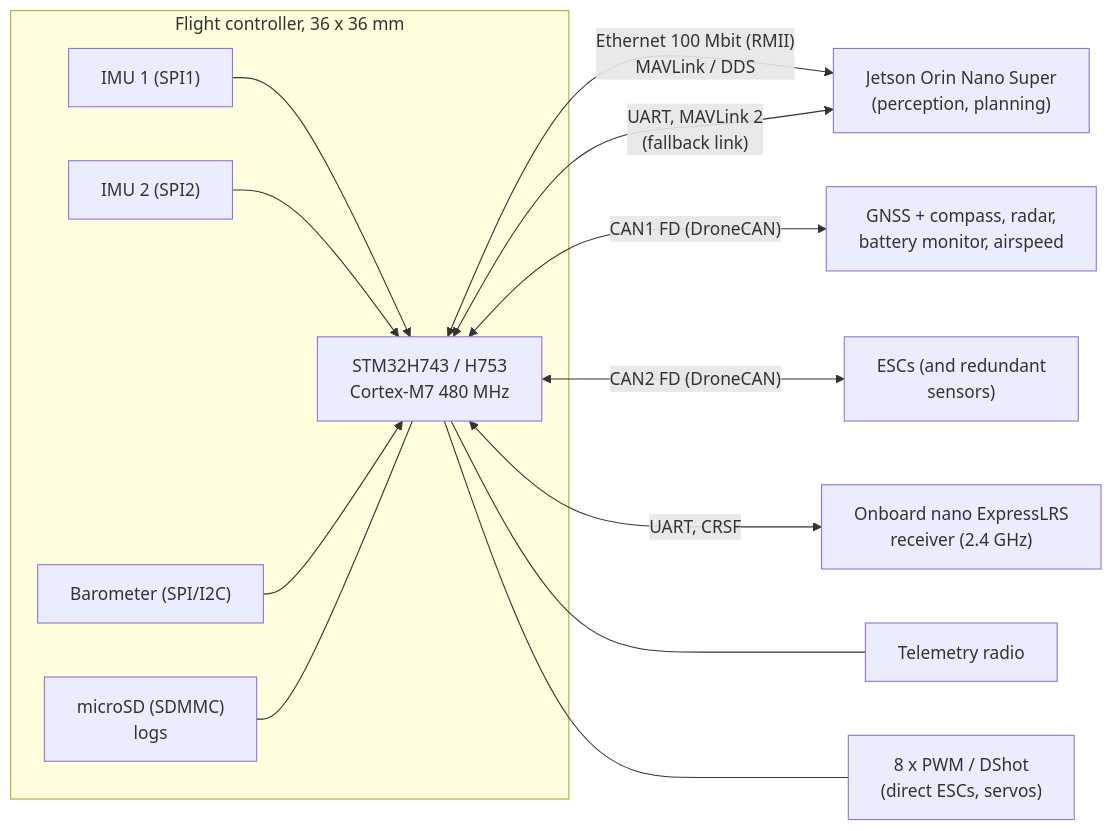
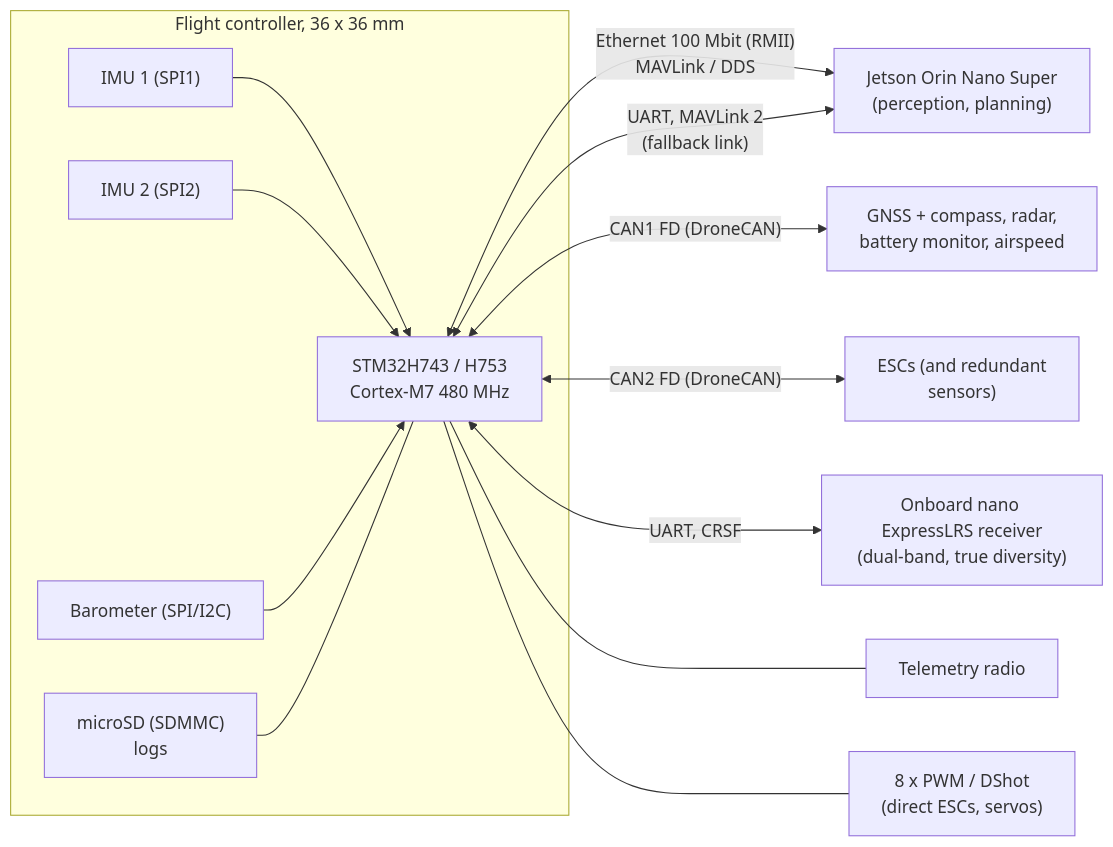
The diagram in docs/architecture.md (aerki-space/AI-Flight-Controller), drawn with Mermaid before and after one commit. The commit also changed other lines of this file and 1 other file, not shown here.

Commit message:
Onboard receiver: dual-band true diversity, per the ELRS design

````diff
--- a/docs/architecture.md
+++ b/docs/architecture.md
@@ -5,17 +5,17 @@
 ```mermaid
 flowchart LR
   subgraph FC["Flight controller, 36 x 36 mm"]
     MCU["STM32H743 / H753<br/>Cortex-M7 480 MHz"]
     IMU1["IMU 1 (SPI1)"] --> MCU
     IMU2["IMU 2 (SPI2)"] --> MCU
     BARO["Barometer (SPI/I2C)"] --> MCU
     SD["microSD (SDMMC)<br/>logs"] --- MCU
   end
   MCU <-->|"Ethernet 100 Mbit (RMII)<br/>MAVLink / DDS"| JET["Jetson Orin Nano Super<br/>(perception, planning)"]
   MCU <-->|"UART, MAVLink 2<br/>(fallback link)"| JET
   MCU <-->|"CAN1 FD (DroneCAN)"| BUS1["GNSS + compass, radar,<br/>battery monitor, airspeed"]
   MCU <-->|"CAN2 FD (DroneCAN)"| BUS2["ESCs (and redundant<br/>sensors)"]
-  MCU <-->|"UART, CRSF"| ELRS["Onboard nano ExpressLRS<br/>receiver (2.4 GHz)"]
+  MCU <-->|"UART, CRSF"| ELRS["Onboard nano ExpressLRS receiver<br/>(dual-band, true diversity)"]
   MCU --- TLM["Telemetry radio"]
   MCU --- PWM["8 x PWM / DShot<br/>(direct ESCs, servos)"]
 ```
````
